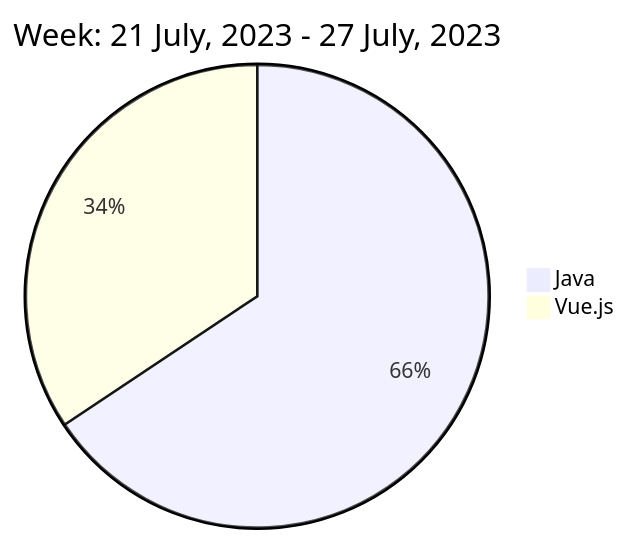
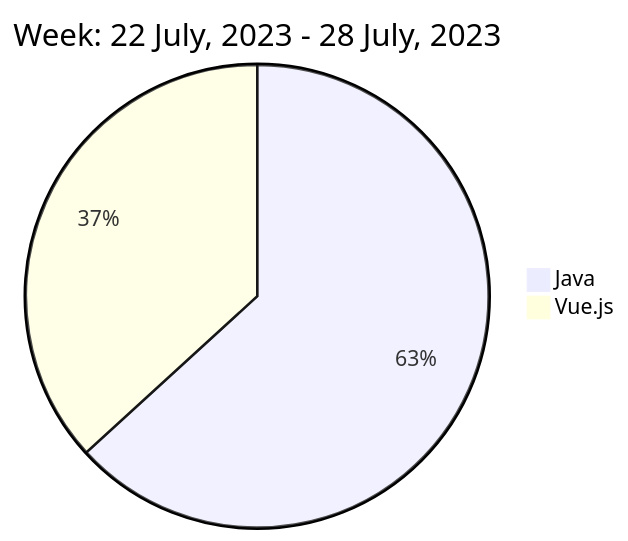
Before and after one commit to liubin95/liubin95: the diagram in README.md, drawn with Mermaid.

Commit message:
Updated the Graph with new Metrics

````diff
--- a/README.md
+++ b/README.md
@@ -40,6 +40,6 @@
 ```mermaid
  pie
-title Week: 21 July, 2023 - 27 July, 2023
- "Java" : 2.77
- "Vue.js" : 1.45
+title Week: 22 July, 2023 - 28 July, 2023
+ "Java" : 2.2
+ "Vue.js" : 1.28
 ```
````
